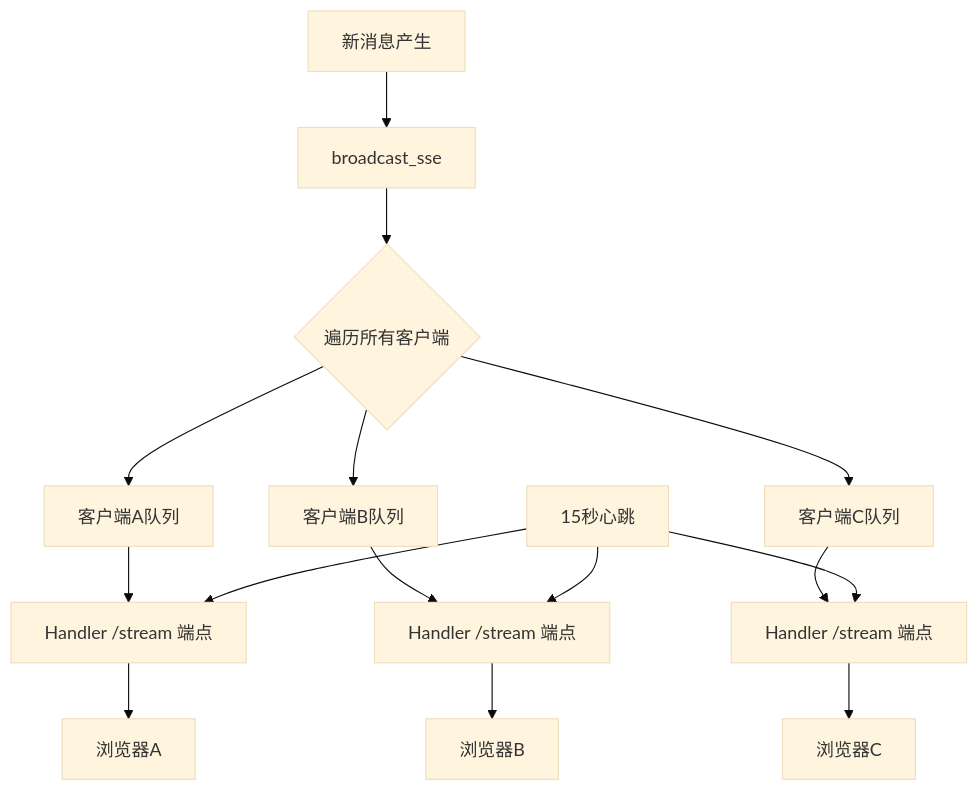
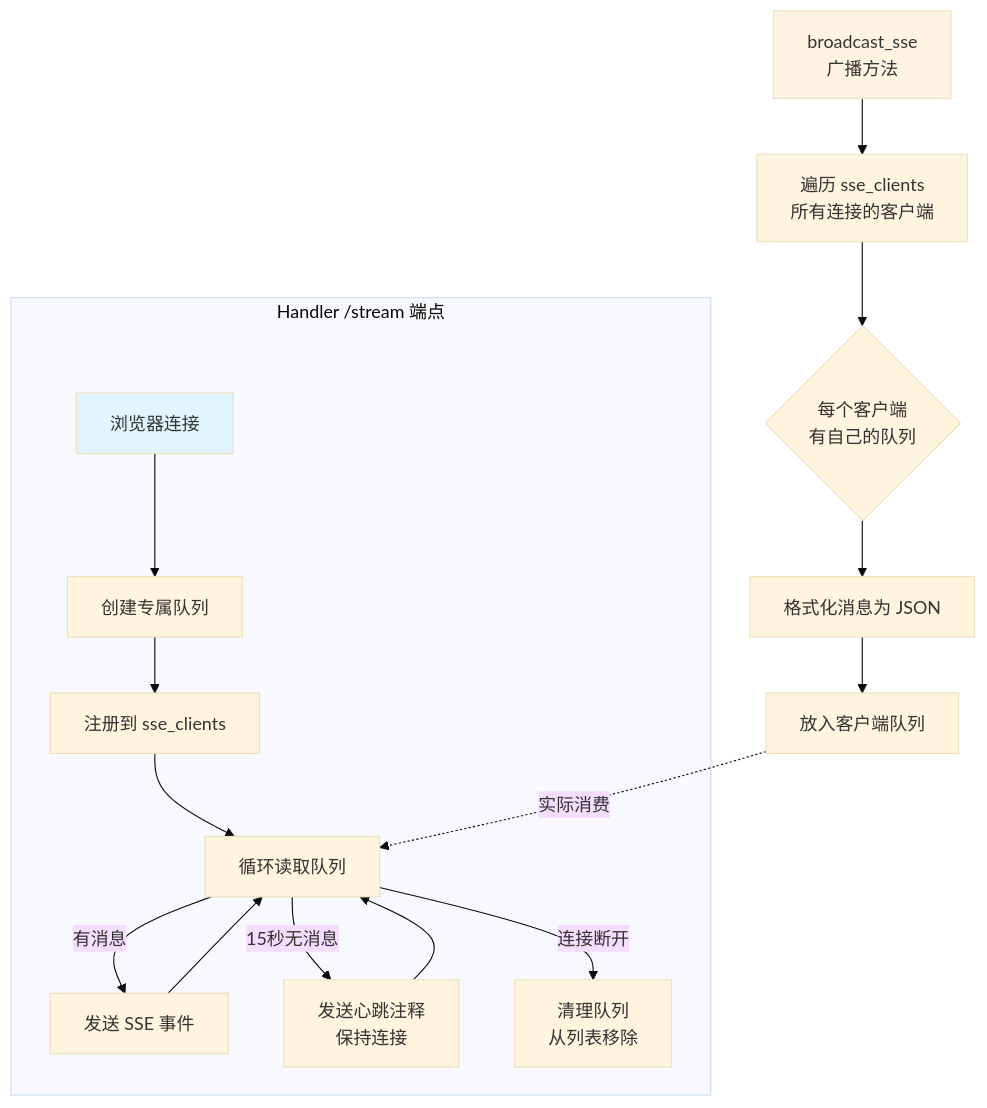
The fourth of 6 diagrams in public/wechat-decrypt/guide-beginners-guide-real-time-monitoring.md (nerdneilsfield/code-wiki-pages), drawn with Mermaid (base theme) before and after one commit. The commit also changed other lines of this file and 30 other files, not shown here.

````diff
--- a/public/wechat-decrypt/guide-beginners-guide-real-time-monitoring.md
+++ b/public/wechat-decrypt/guide-beginners-guide-real-time-monitoring.md
@@ -185,20 +110,23 @@
 ```mermaid
 graph TD
-    A[新消息产生] --> B[broadcast_sse]
-    B --> C{遍历所有客户端}
-    C --> D[客户端A队列]
-    C --> E[客户端B队列]
-    C --> F[客户端C队列]
+    A[broadcast_sse<br/>广播方法] --> B[遍历 sse_clients<br/>所有连接的客户端]
+    B --> C{每个客户端<br/>有自己的队列}
+    C --> D[格式化消息为 JSON]
+    D --> E[放入客户端队列]
     
-    D --> G[Handler /stream 端点]
-    E --> H[Handler /stream 端点]
-    F --> I[Handler /stream 端点]
+    subgraph "Handler /stream 端点"
+        F[浏览器连接] --> G[创建专属队列]
+        G --> H[注册到 sse_clients]
+        H --> I[循环读取队列]
+        I -->|有消息| J[发送 SSE 事件]
+        I -->|15秒无消息| K[发送心跳注释<br/>保持连接]
+        J --> I
+        K --> I
+        I -->|连接断开| L[清理队列<br/>从列表移除]
+    end
     
-    G --> J[浏览器A]
-    H --> K[浏览器B]
-    I --> L[浏览器C]
+    E -.->|实际消费| I
     
-    M[15秒心跳] --> G
-    M --> H
-    M --> I
+    style A fill:#fff4e1
+    style F fill:#e1f5ff
 ```
````
